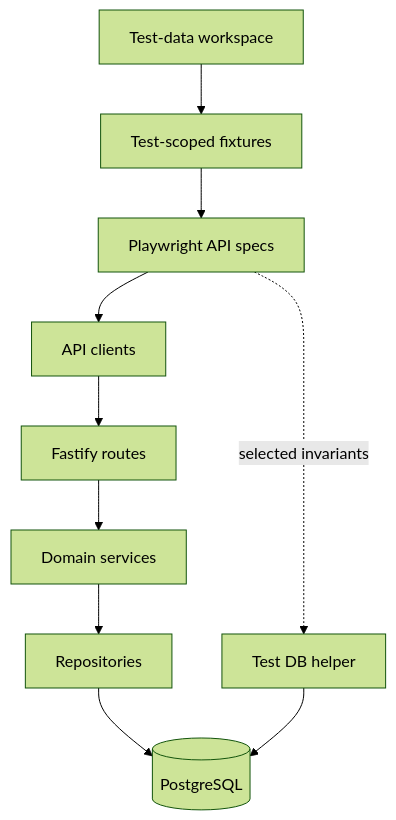
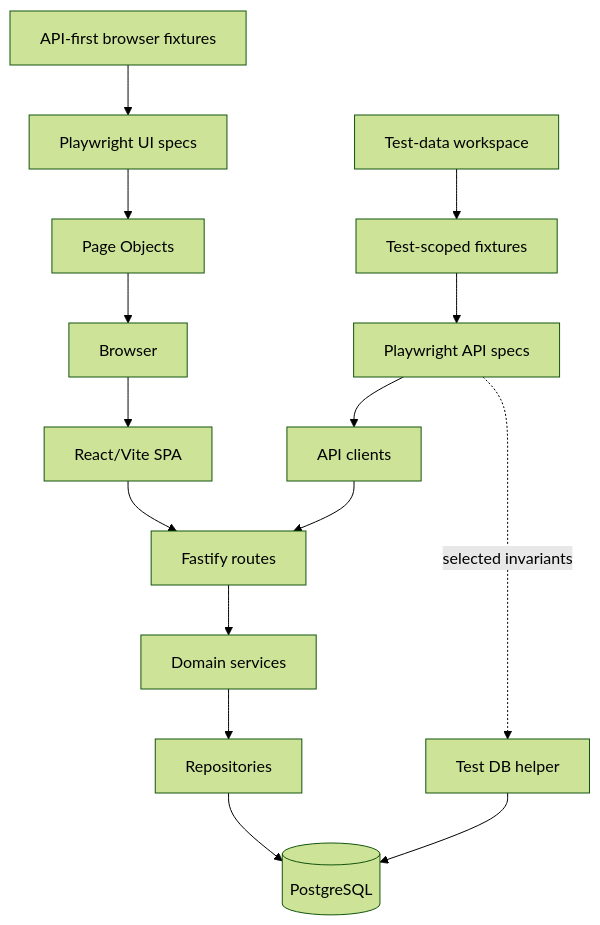
Before and after one commit to ldmrtnll-arch/releaseguard-sdet: the first of 2 diagrams in docs/architecture.md, drawn with Mermaid (forest theme). The commit also changed other lines of this file and 41 other files, not shown here.

````diff
--- a/docs/architecture.md
+++ b/docs/architecture.md
@@ -5,12 +5,17 @@
 ```mermaid
 flowchart TD
+  Browser[Browser] --> Web[React/Vite SPA]
+  Web --> Routes
   Specs[Playwright API specs] --> Clients[API clients]
   Clients --> Routes[Fastify routes]
   Routes --> Services[Domain services]
   Services --> Repositories[Repositories]
   Repositories --> DB[(PostgreSQL)]
   Fixtures[Test-scoped fixtures] --> Specs
   Builders[Test-data workspace] --> Fixtures
   Specs -. selected invariants .-> DBHelper[Test DB helper]
   DBHelper --> DB
+  UISpecs[Playwright UI specs] --> PageObjects[Page Objects]
+  PageObjects --> Browser
+  APIFixtures[API-first browser fixtures] --> UISpecs
 ```
````
